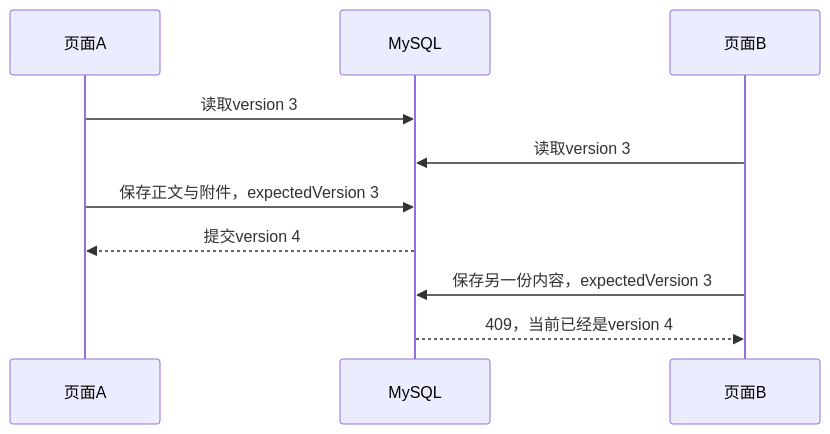
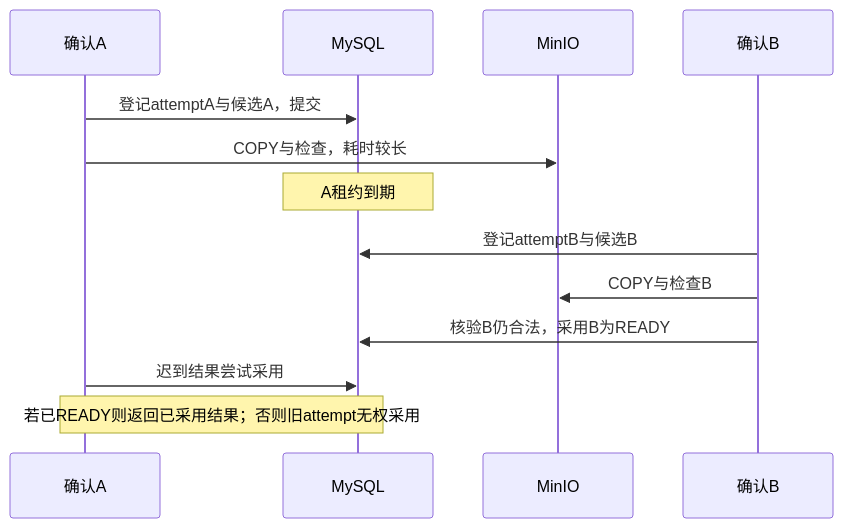
Before and after one commit to SyH-101/citypass-platform: the third of 6 diagrams in 03-活动笔记发布与文件管理.md, drawn with Mermaid. The commit also changed other lines of this file, not shown here.

Commit message:
docs: explain story and file resume clauses with lifecycle diagrams and 15 interview questions

````diff
--- a/03-活动笔记发布与文件管理.md
+++ b/03-活动笔记发布与文件管理.md
@@ -379,12 +464,15 @@
 ```mermaid
 sequenceDiagram
-    participant A as 页面A
+    participant A as 确认A
     participant D as MySQL
-    participant B as 页面B
-    A->>D: 读取version 3
-    B->>D: 读取version 3
-    A->>D: 保存正文与附件，expectedVersion 3
-    D-->>A: 提交version 4
-    B->>D: 保存另一份内容，expectedVersion 3
-    D-->>B: 409，当前已经是version 4
+    participant M as MinIO
+    participant B as 确认B
+    A->>D: 登记attemptA与候选A，提交
+    A->>M: COPY与检查，耗时较长
+    Note over D: A租约到期
+    B->>D: 登记attemptB与候选B
+    B->>M: COPY与检查B
+    B->>D: 核验B仍合法，采用B为READY
+    A->>D: 迟到结果尝试采用
+    Note over A,D: 若已READY则返回已采用结果；否则旧attempt无权采用
 ```
````
